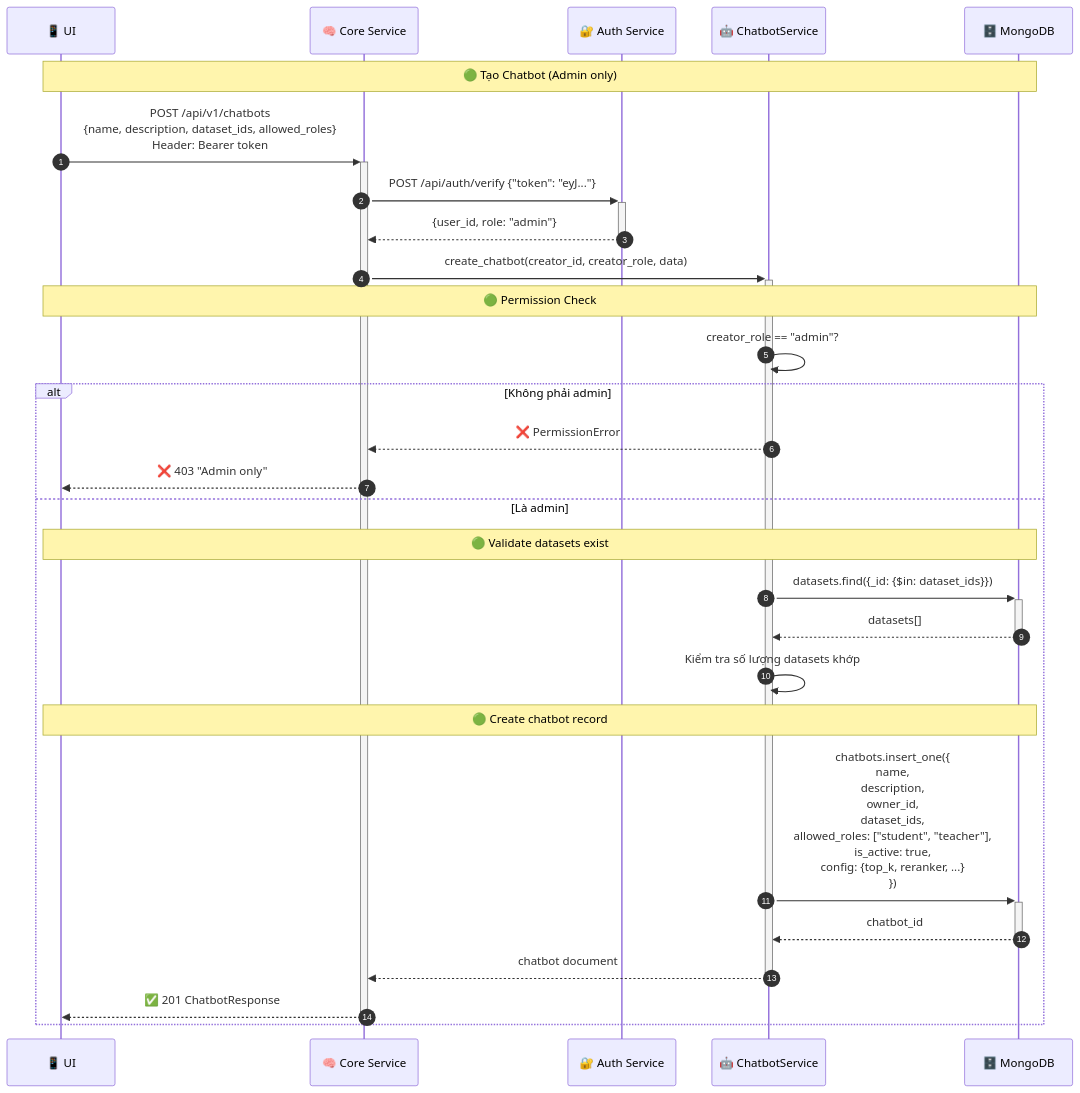
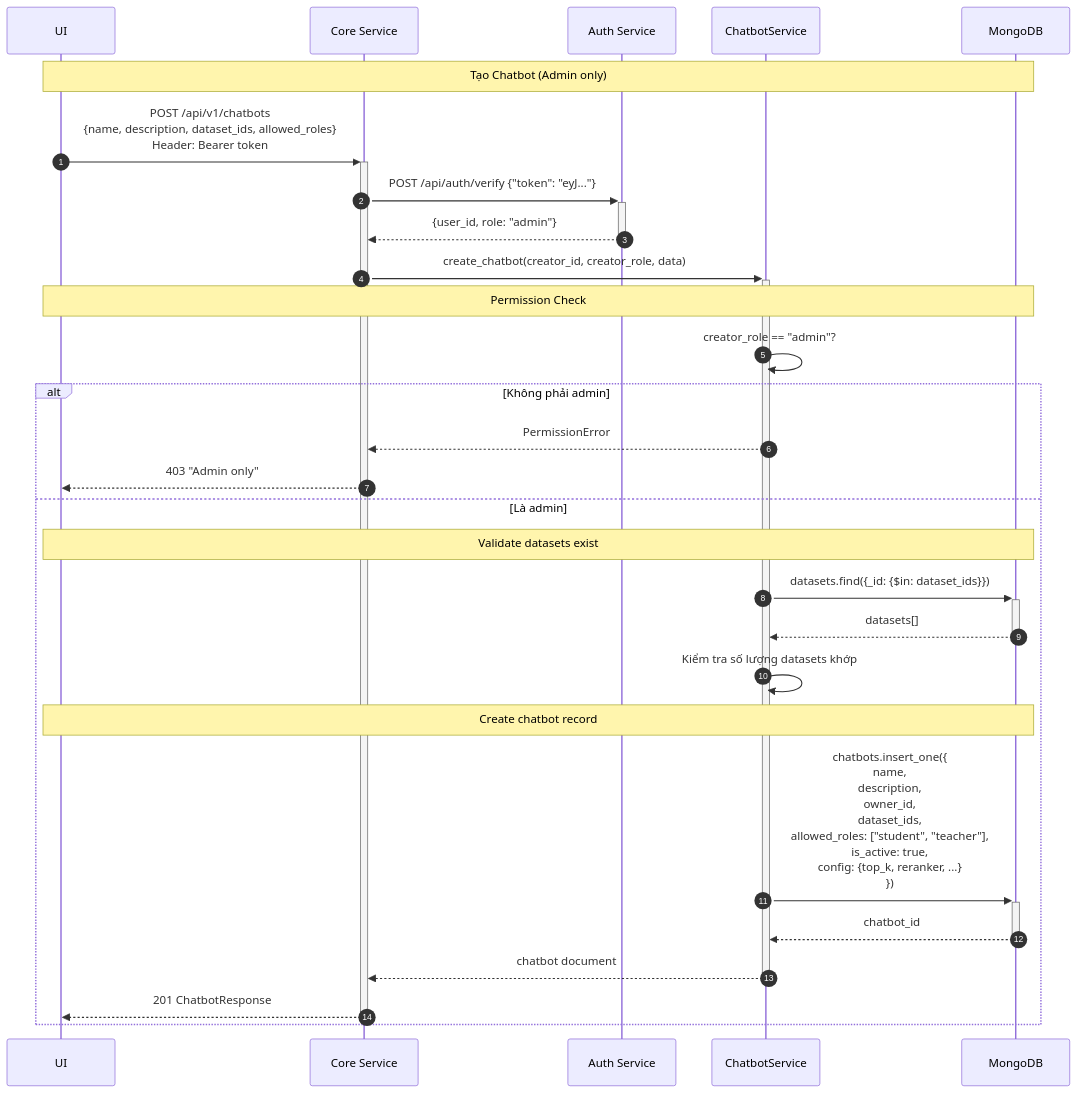
Before and after one commit to hoclaptrinh33/chatbot: the seventh of 12 diagrams in document/System_Flow_Diagrams.md, drawn with Mermaid. The commit also changed other lines of this file and 150 other files, not shown here.

````diff
--- a/document/System_Flow_Diagrams.md
+++ b/document/System_Flow_Diagrams.md
@@ -576,42 +575,42 @@
 ```mermaid
 sequenceDiagram
-    autonumber
-    participant UI as 📱 UI
-    participant Core as 🧠 Core Service
-    participant Auth as 🔐 Auth Service
-    participant Chatbot as 🤖 ChatbotService
-    participant DB as 🗄️ MongoDB
+ autonumber
+ participant UI as UI
+ participant Core as Core Service
+ participant Auth as Auth Service
+ participant Chatbot as ChatbotService
+ participant DB as MongoDB
 
-    Note over UI,DB: 🟢 Tạo Chatbot (Admin only)
+ Note over UI,DB: Tạo Chatbot (Admin only)
 
-    UI->>+Core: POST /api/v1/chatbots<br/>{name, description, dataset_ids, allowed_roles}<br/>Header: Bearer token
+ UI->>+Core: POST /api/v1/chatbots<br/>{name, description, dataset_ids, allowed_roles}<br/>Header: Bearer token
 
-    Core->>+Auth: POST /api/auth/verify {"token": "eyJ..."}
-    Auth-->>-Core: {user_id, role: "admin"}
+ Core->>+Auth: POST /api/auth/verify {"token": "eyJ..."}
+ Auth-->>-Core: {user_id, role: "admin"}
 
-    Core->>+Chatbot: create_chatbot(creator_id, creator_role, data)
+ Core->>+Chatbot: create_chatbot(creator_id, creator_role, data)
 
-    Note over UI,DB: 🟢 Permission Check
+ Note over UI,DB: Permission Check
 
-    Chatbot->>Chatbot: creator_role == "admin"?
+ Chatbot->>Chatbot: creator_role == "admin"?
 
-    alt Không phải admin
-        Chatbot-->>Core: ❌ PermissionError
-        Core-->>UI: ❌ 403 "Admin only"
-    else Là admin
-        Note over UI,DB: 🟢 Validate datasets exist
+ alt Không phải admin
+ Chatbot-->>Core: PermissionError
+ Core-->>UI: 403 "Admin only"
+ else Là admin
+ Note over UI,DB: Validate datasets exist
 
-        Chatbot->>+DB: datasets.find({_id: {$in: dataset_ids}})
-        DB-->>-Chatbot: datasets[]
+ Chatbot->>+DB: datasets.find({_id: {$in: dataset_ids}})
+ DB-->>-Chatbot: datasets[]
 
-        Chatbot->>Chatbot: Kiểm tra số lượng datasets khớp
+ Chatbot->>Chatbot: Kiểm tra số lượng datasets khớp
 
-        Note over UI,DB: 🟢 Create chatbot record
+ Note over UI,DB: Create chatbot record
 
-        Chatbot->>+DB: chatbots.insert_one({<br/>  name,<br/>  description,<br/>  owner_id,<br/>  dataset_ids,<br/>  allowed_roles: ["student", "teacher"],<br/>  is_active: true,<br/>  config: {top_k, reranker, ...}<br/>})
-        DB-->>-Chatbot: chatbot_id
+ Chatbot->>+DB: chatbots.insert_one({<br/> name,<br/> description,<br/> owner_id,<br/> dataset_ids,<br/> allowed_roles: ["student", "teacher"],<br/> is_active: true,<br/> config: {top_k, reranker, ...}<br/>})
+ DB-->>-Chatbot: chatbot_id
 
-        Chatbot-->>-Core: chatbot document
-        Core-->>-UI: ✅ 201 ChatbotResponse
-    end
+ Chatbot-->>-Core: chatbot document
+ Core-->>-UI: 201 ChatbotResponse
+ end
 ```
````
